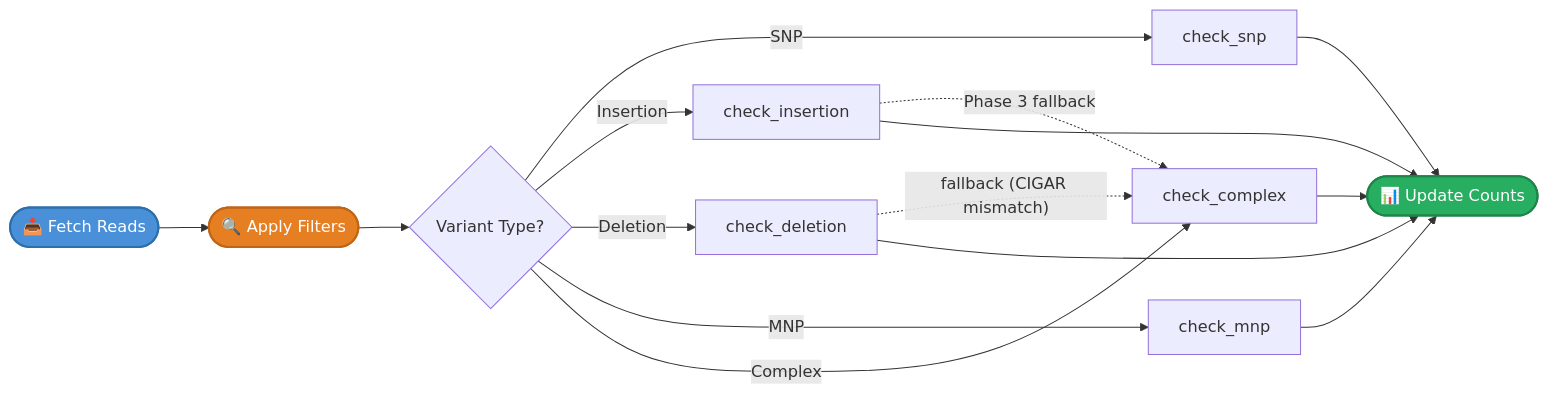
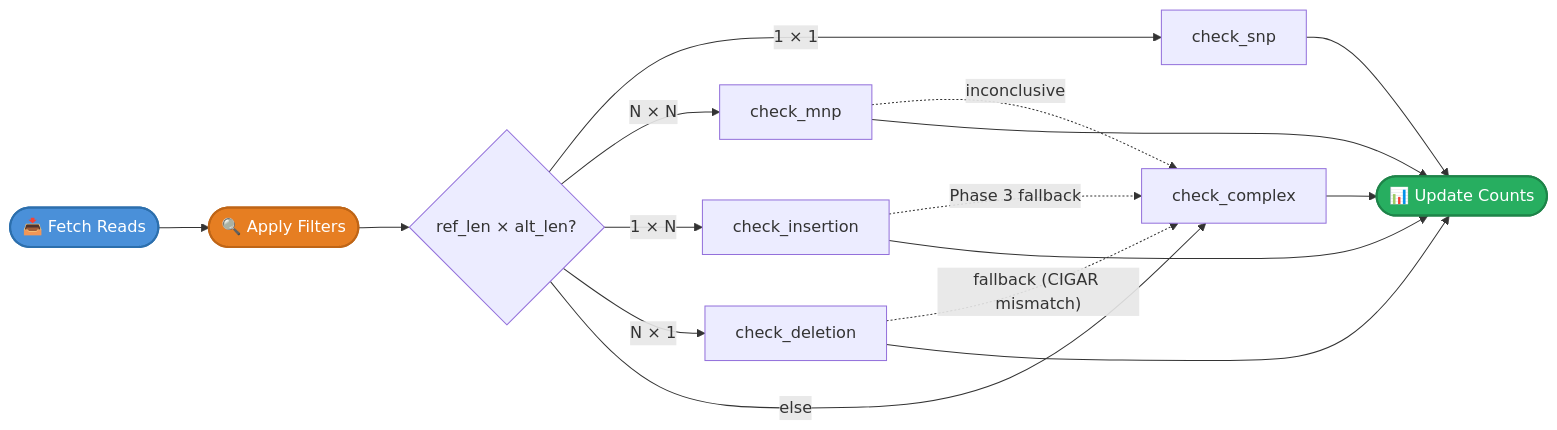
Before and after one commit to msk-access/py-gbcms: the first of 6 diagrams in docs/reference/allele-classification.md, drawn with Mermaid. The commit also changed other lines of this file and 1 other file, not shown here.

First line of the commit message:
fix: allele-based dispatch, edit distance fallback, and local SW for complex variants

````diff
--- a/docs/reference/allele-classification.md
+++ b/docs/reference/allele-classification.md
@@ -12,21 +12,22 @@
 ```mermaid
 flowchart LR
     Fetch([📥 Fetch Reads]):::fetch --> Filter([🔍 Apply Filters]):::filter
-    Filter --> Dispatch{Variant Type?}
-    Dispatch -->|SNP| SNP[check_snp]
-    Dispatch -->|Insertion| INS[check_insertion]
-    Dispatch -->|Deletion| DEL[check_deletion]
-    Dispatch -->|MNP| MNP[check_mnp]
-    Dispatch -->|Complex| CPX[check_complex]
+    Filter --> Dispatch{"ref_len × alt_len?"}
+    Dispatch -->|"1 × 1"| SNP[check_snp]
+    Dispatch -->|"N × N"| MNP[check_mnp]
+    Dispatch -->|"1 × N"| INS[check_insertion]
+    Dispatch -->|"N × 1"| DEL[check_deletion]
+    Dispatch -->|"else"| CPX[check_complex]
+    MNP -.->|"inconclusive"| CPX
     INS -.->|"Phase 3 fallback"| CPX
     DEL -.->|"fallback (CIGAR mismatch)"| CPX
     SNP --> Count([📊 Update Counts]):::count
     INS --> Count
     DEL --> Count
     MNP --> Count
     CPX --> Count
 
     classDef fetch fill:#4a90d9,color:#fff,stroke:#2c6fad,stroke-width:2px;
     classDef filter fill:#e67e22,color:#fff,stroke:#bf6516,stroke-width:2px;
     classDef count fill:#27ae60,color:#fff,stroke:#1e8449,stroke-width:2px;
 ```
````
